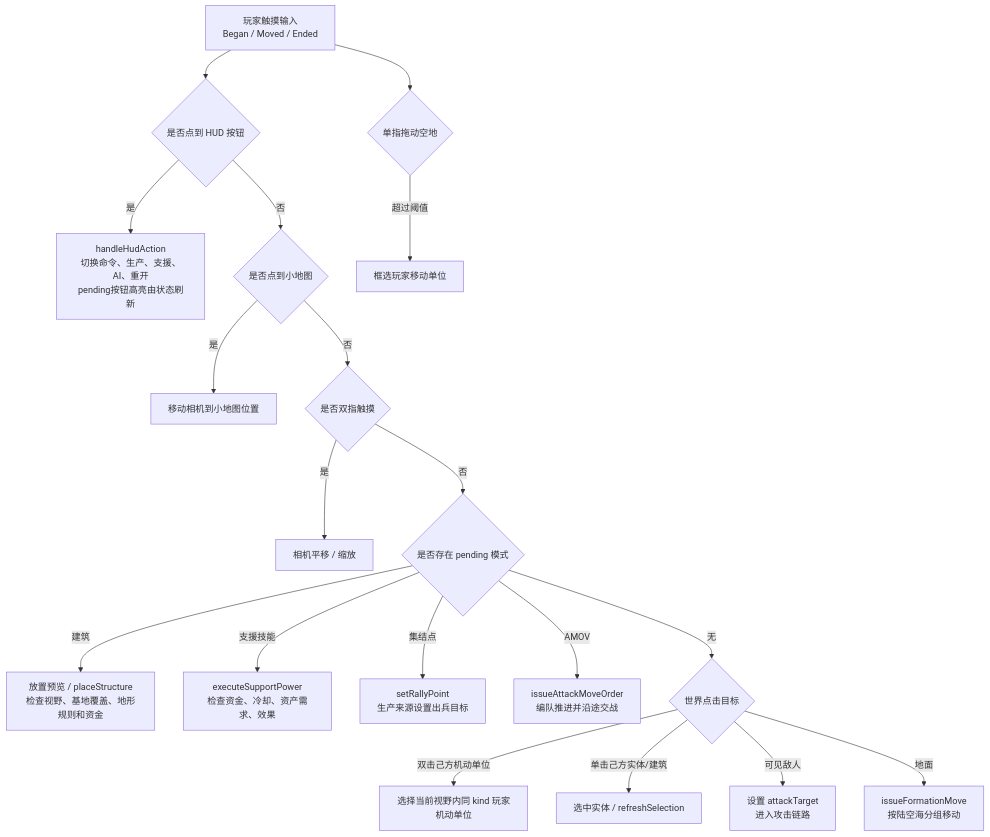
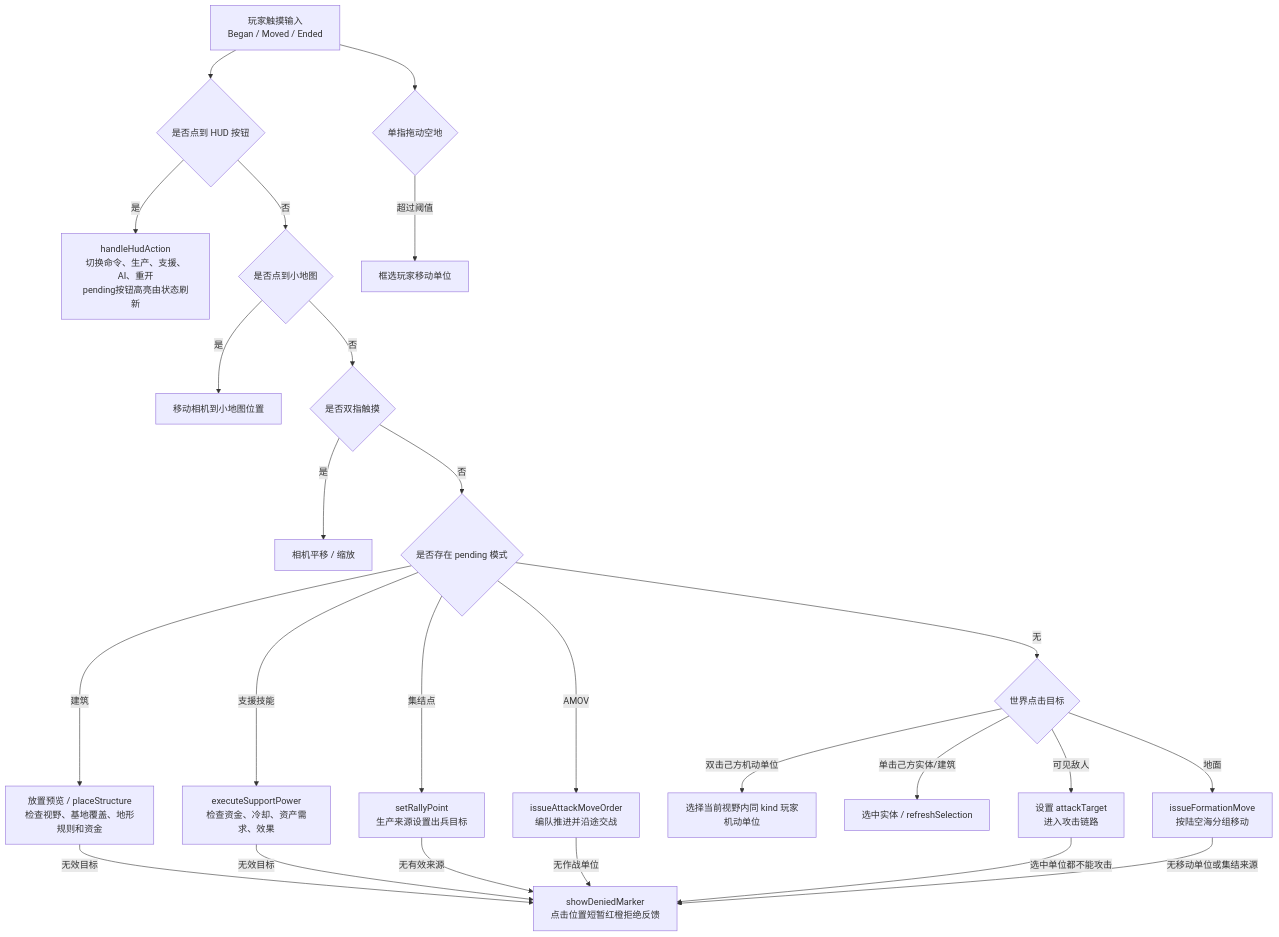
Before and after one commit to Altman-sam114/1145: the second of 3 diagrams in md/flow/flowchart.md, drawn with Mermaid. The commit also changed other lines of this file and 4 other files, not shown here.

````diff
--- a/md/flow/flowchart.md
+++ b/md/flow/flowchart.md
@@ -37,21 +37,27 @@
 ```mermaid
 flowchart TD
   Touch["玩家触摸输入\nBegan / Moved / Ended"] --> HUDCheck{"是否点到 HUD 按钮"}
   HUDCheck -- "是" --> HudAction["handleHudAction\n切换命令、生产、支援、AI、重开\npending按钮高亮由状态刷新"]
   HUDCheck -- "否" --> MiniMap{"是否点到小地图"}
   MiniMap -- "是" --> Camera["移动相机到小地图位置"]
   MiniMap -- "否" --> MultiTouch{"是否双指触摸"}
   MultiTouch -- "是" --> PanZoom["相机平移 / 缩放"]
   MultiTouch -- "否" --> Pending{"是否存在 pending 模式"}
   Pending -- "建筑" --> Place["放置预览 / placeStructure\n检查视野、基地覆盖、地形规则和资金"]
   Pending -- "支援技能" --> Support["executeSupportPower\n检查资金、冷却、资产需求、效果"]
   Pending -- "集结点" --> Rally["setRallyPoint\n生产来源设置出兵目标"]
   Pending -- "AMOV" --> AttackMove["issueAttackMoveOrder\n编队推进并沿途交战"]
+  Place -- "无效目标" --> Denied["showDeniedMarker\n点击位置短暂红橙拒绝反馈"]
+  Support -- "无效目标" --> Denied
+  Rally -- "无有效来源" --> Denied
+  AttackMove -- "无作战单位" --> Denied
   Pending -- "无" --> WorldTap{"世界点击目标"}
   WorldTap -- "双击己方机动单位" --> TypeSelect["选择当前视野内同 kind 玩家机动单位"]
   WorldTap -- "单击己方实体/建筑" --> Select["选中实体 / refreshSelection"]
   WorldTap -- "可见敌人" --> Attack["设置 attackTarget\n进入攻击链路"]
   WorldTap -- "地面" --> Move["issueFormationMove\n按陆空海分组移动"]
+  Attack -- "选中单位都不能攻击" --> Denied
+  Move -- "无移动单位或集结来源" --> Denied
   Touch --> Drag{"单指拖动空地"}
   Drag -- "超过阈值" --> Box["框选玩家移动单位"]
 ```
````
